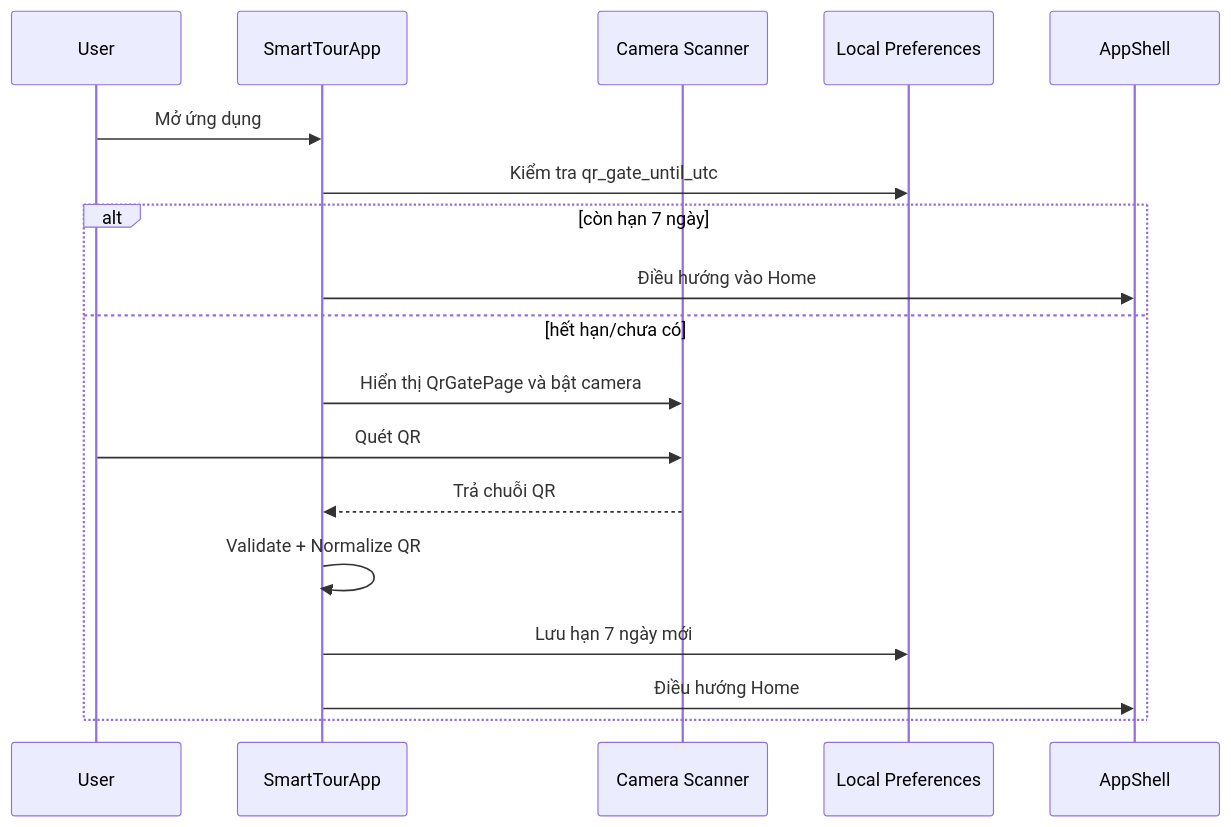
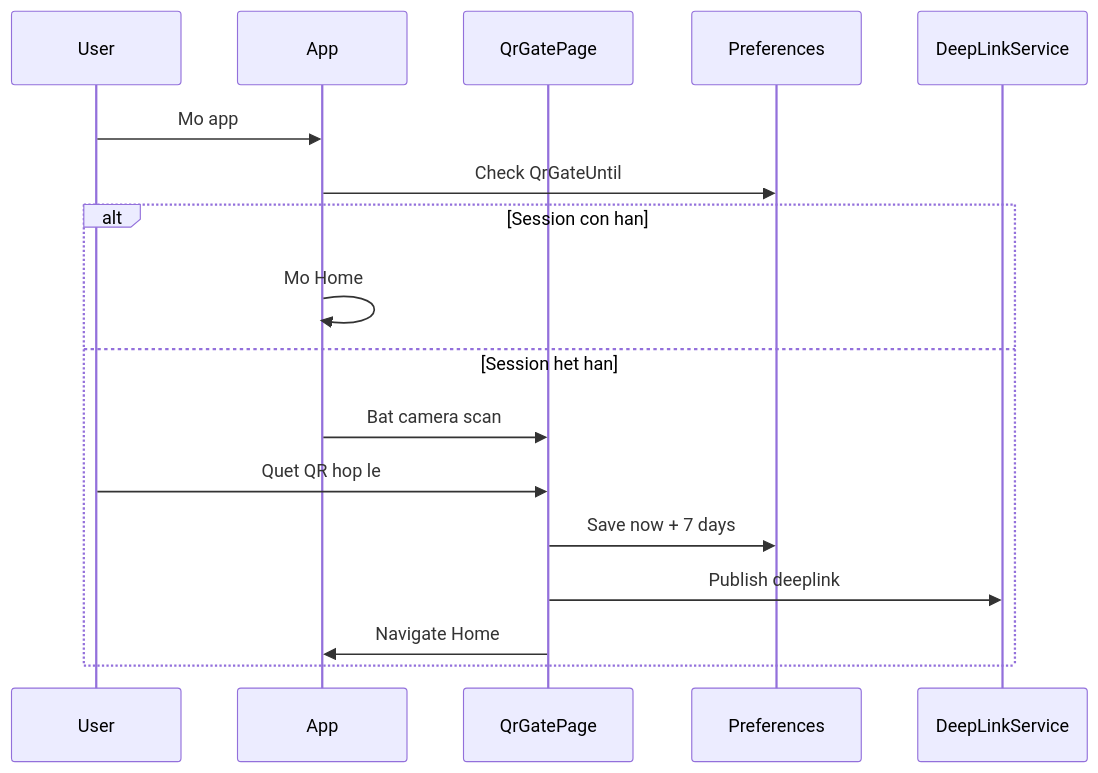
One commit to EricHoang28092k5/SmartTour changed the fifth of 9 diagrams in PRD_SmartTour.md. Above: the diagram before and after it, drawn with Mermaid. The commit also changed other lines of this file, not shown here.

````diff
--- a/PRD_SmartTour.md
+++ b/PRD_SmartTour.md
@@ -903,21 +233,20 @@
 ```mermaid
 sequenceDiagram
     participant U as User
-    participant APP as SmartTourApp
-    participant CAM as Camera Scanner
-    participant PREF as Local Preferences
-    participant SHELL as AppShell
+    participant APP as App
+    participant QR as QrGatePage
+    participant P as Preferences
+    participant DL as DeepLinkService
 
-    U->>APP: Mở ứng dụng
-    APP->>PREF: Kiểm tra qr_gate_until_utc
-    alt còn hạn 7 ngày
-        APP->>SHELL: Điều hướng vào Home
-    else hết hạn/chưa có
-        APP->>CAM: Hiển thị QrGatePage và bật camera
-        U->>CAM: Quét QR
-        CAM-->>APP: Trả chuỗi QR
-        APP->>APP: Validate + Normalize QR
-        APP->>PREF: Lưu hạn 7 ngày mới
-        APP->>SHELL: Điều hướng Home
+    U->>APP: Mo app
+    APP->>P: Check QrGateUntil
+    alt Session con han
+        APP->>APP: Mo Home
+    else Session het han
+        APP->>QR: Bat camera scan
+        U->>QR: Quet QR hop le
+        QR->>P: Save now + 7 days
+        QR->>DL: Publish deeplink
+        QR->>APP: Navigate Home
     end
 ```
````
